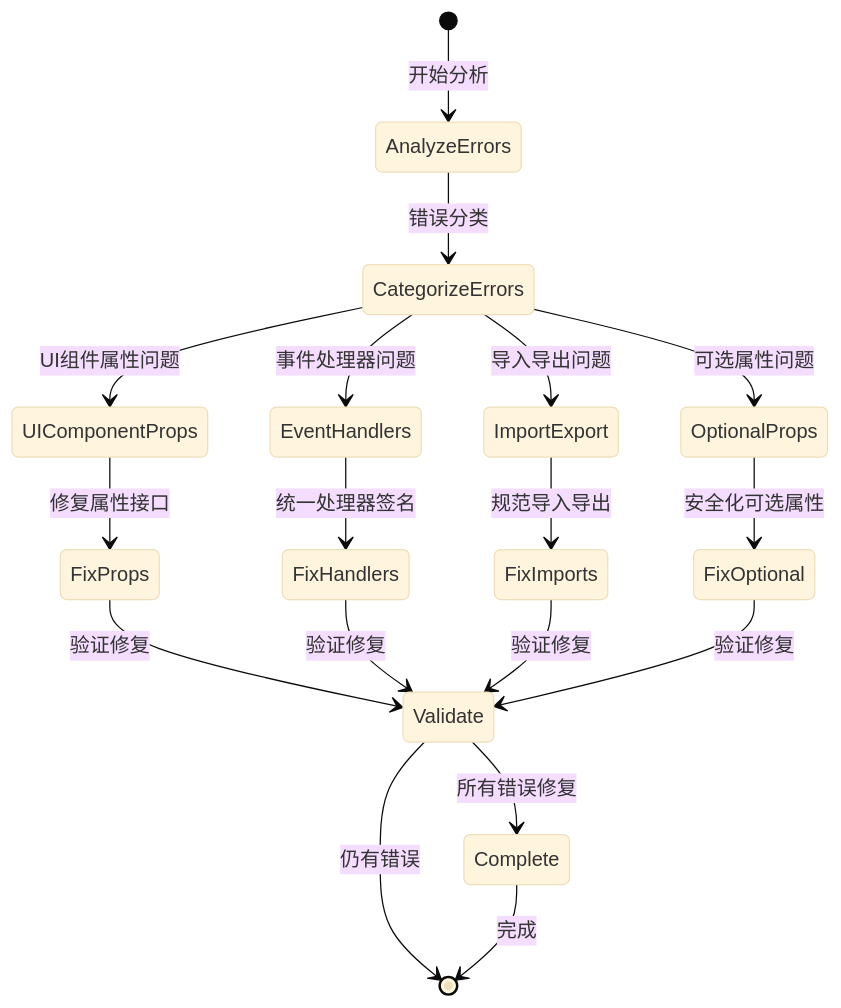
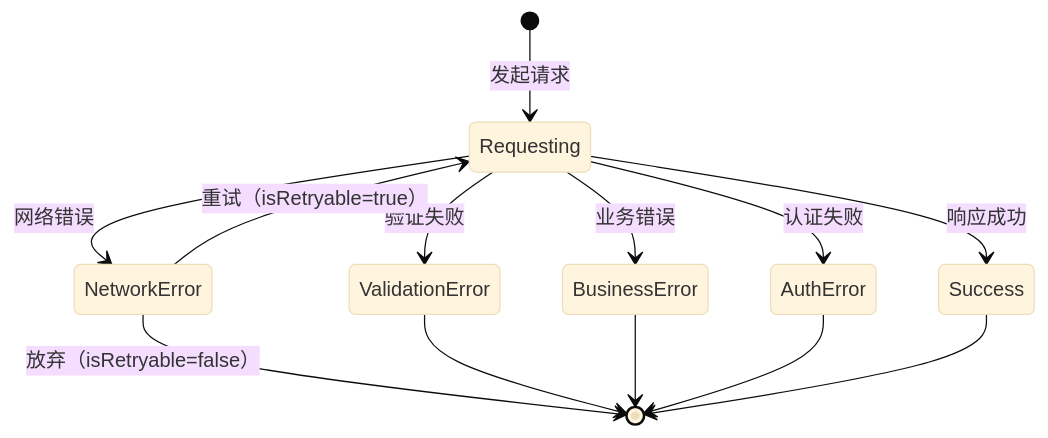
Before and after one commit to wilson323/llmchat: the second of 2 diagrams in .specify/specs/frontend-type-safety-improvement/data-model.md, drawn with Mermaid (base theme). The commit also changed other lines of this file and 98 other files, not shown here.

````diff
--- a/.specify/specs/frontend-type-safety-improvement/data-model.md
+++ b/.specify/specs/frontend-type-safety-improvement/data-model.md
@@ -204,24 +627,15 @@
 ```mermaid
 stateDiagram-v2
-    [*] --> AnalyzeErrors: 开始分析
-    AnalyzeErrors --> CategorizeErrors: 错误分类
-    CategorizeErrors --> UIComponentProps: UI组件属性问题
-    CategorizeErrors --> EventHandlers: 事件处理器问题
-    CategorizeErrors --> ImportExport: 导入导出问题
-    CategorizeErrors --> OptionalProps: 可选属性问题
-
-    UIComponentProps --> FixProps: 修复属性接口
-    EventHandlers --> FixHandlers: 统一处理器签名
-    ImportExport --> FixImports: 规范导入导出
-    OptionalProps --> FixOptional: 安全化可选属性
-
-    FixProps --> Validate: 验证修复
-    FixHandlers --> Validate: 验证修复
-    FixImports --> Validate: 验证修复
-    FixOptional --> Validate: 验证修复
-
-    Validate --> Complete: 所有错误修复
-    Validate --> [*]: 仍有错误
-
-    Complete --> [*]: 完成
+    [*] --> Requesting: 发起请求
+    Requesting --> Success: 响应成功
+    Requesting --> NetworkError: 网络错误
+    Requesting --> ValidationError: 验证失败
+    Requesting --> BusinessError: 业务错误
+    Requesting --> AuthError: 认证失败
+    NetworkError --> Requesting: 重试（isRetryable=true）
+    NetworkError --> [*]: 放弃（isRetryable=false）
+    ValidationError --> [*]
+    BusinessError --> [*]
+    AuthError --> [*]
+    Success --> [*]
 ```
````
